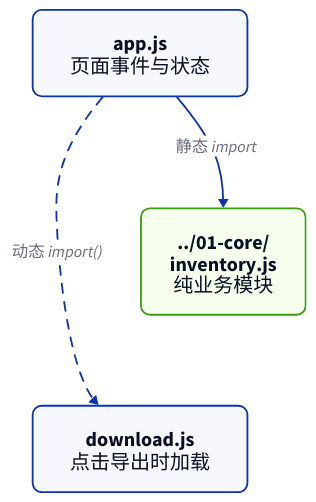
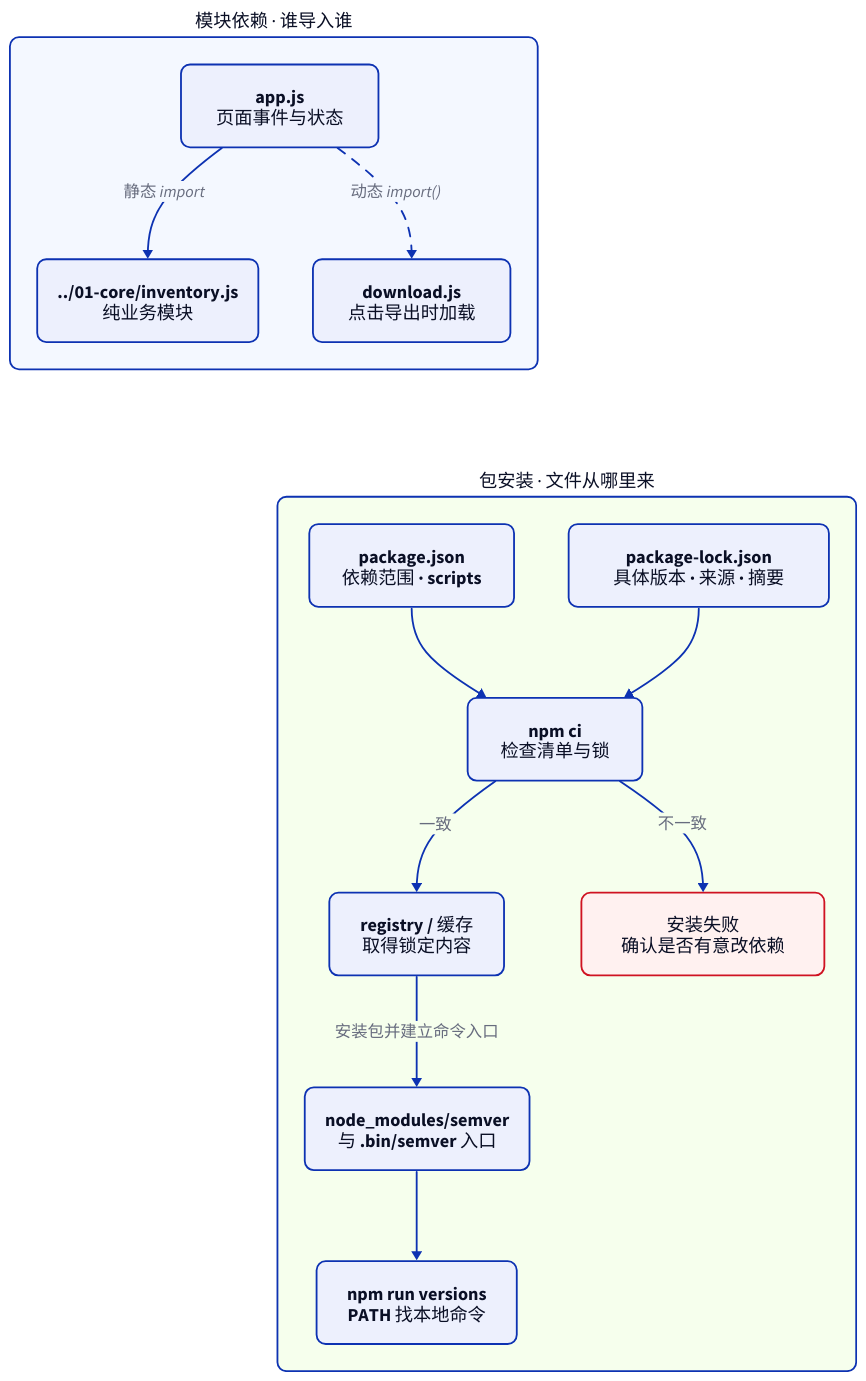
One commit to socoo123/js_web changed the diagram in diagrams/c16-esm-dependencies.d2. Above: the diagram before and after it, drawn with D2. The commit also changed 30 other files, not shown here.

```diff
--- a/diagrams/c16-esm-dependencies.d2
+++ b/diagrams/c16-esm-dependencies.d2
@@ -1,18 +1,33 @@
-# 箭头从导入方指向依赖方；只画业务复用与按需下载两条依赖，其余文件见正文表格。
+# C16/C18：上半部箭头指向依赖模块；下半部箭头表示安装信息流，两部分没有时序关系。
 direction: down
-**.style.font-size: 22
+**.style.font-size: 20
 **.style.border-radius: 10
 (** -> **)[*].style.font-size: 18
-
-app: app.js\n页面事件与状态
-core: ../01-core/\ninventory.js\n纯业务模块 {
+modules: 模块依赖 · 谁导入谁 {
+  style.fill: "#f4f8ff"
+  app: app.js\n页面事件与状态
+  core: ../01-core/inventory.js\n纯业务模块
+  download: download.js\n点击导出时加载
+  app -> core: 静态 import
+  app -> download: 动态 import() {style.stroke-dash: 5}
+}
+install: 包安装 · 文件从哪里来 {
   style.fill: "#f6ffed"
-  style.stroke: "#389e0d"
+  manifest: package.json\n依赖范围 · scripts
+  lock: package-lock.json\n具体版本 · 来源 · 摘要
+  ci: npm ci\n检查清单与锁
+  registry: registry / 缓存\n取得锁定内容
+  disk: node_modules/semver\n与 .bin/semver 入口
+  run: npm run versions\nPATH 找本地命令
+  reject: 安装失败\n确认是否有意改依赖 {
+    style.fill: "#fff1f0"
+    style.stroke: "#cf1322"
+  }
+  manifest -> ci
+  lock -> ci
+  ci -> reject: 不一致
+  ci -> registry: 一致
+  registry -> disk: 安装包并建立命令入口
+  disk -> run
 }
-download: download.js\n点击导出时加载
-app -> core: 静态 import
-app -> download: 动态 import() {
-  style.stroke-dash: 5
-}
-# 不可见边只约束 Dagre 的纵向排列，不是模块依赖。
-core -> download: {style.opacity: 0}
+modules -> install: {style.opacity: 0}
```
